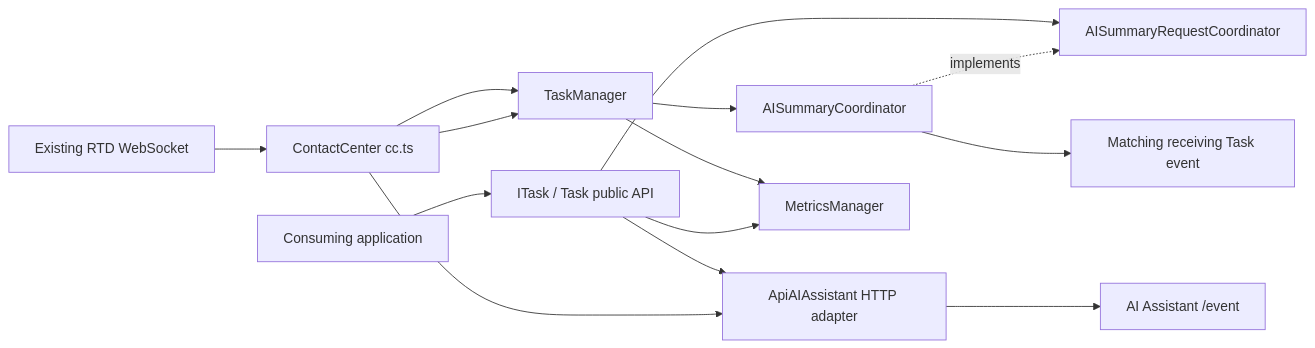
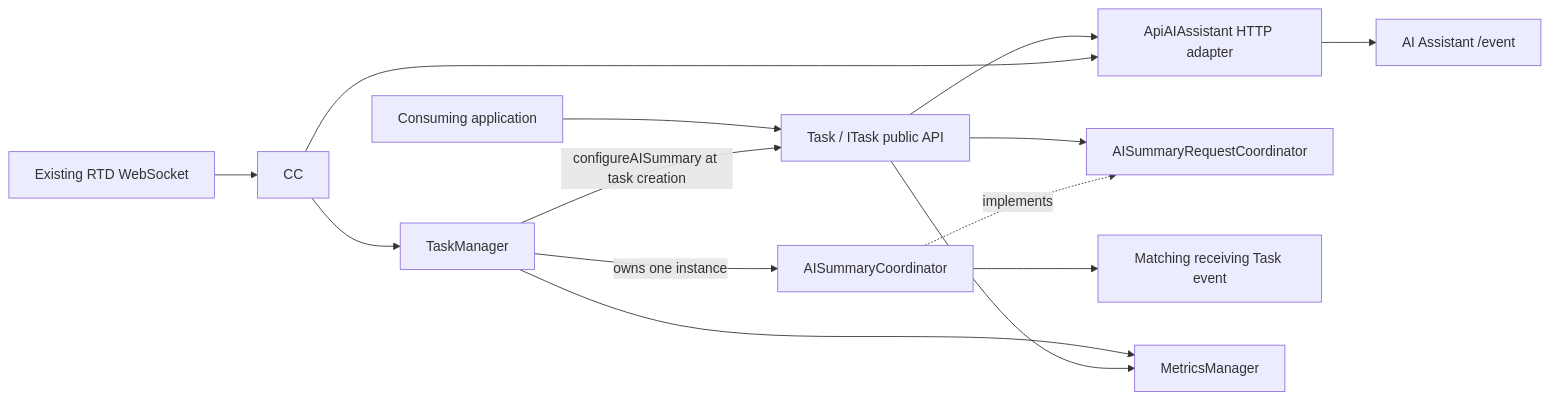
The first of 3 diagrams in design/default/design_spec.md (webex/webex-js-sdk), drawn with Mermaid before and after one commit. The commit also changed other lines of this file and 1 other file, not shown here.

````diff
--- a/design/default/design_spec.md
+++ b/design/default/design_spec.md
@@ -161,16 +161,16 @@
 ```mermaid
 flowchart LR
-  Consumer[Consuming application] --> ITask[ITask / Task public API]
-  ITask --> API[ApiAIAssistant HTTP adapter]
-  ITask --> Coordinator[AISummaryRequestCoordinator]
+  Consumer[Consuming application] --> Task[Task / ITask public API]
+  Task --> API[ApiAIAssistant HTTP adapter]
+  Task --> Coordinator[AISummaryRequestCoordinator]
   ASC[AISummaryCoordinator] -. implements .-> Coordinator
-  TM[TaskManager] --> ASC
-  CC[ContactCenter cc.ts] --> TM
+  TM[TaskManager] -->|owns one instance| ASC
+  TM -->|configureAISummary at task creation| Task
   CC --> API
   RTD[Existing RTD WebSocket] --> CC
   CC --> TM
   ASC --> Receiver[Matching receiving Task event]
   API --> Backend[AI Assistant /event]
   TM --> Metrics[MetricsManager]
-  ITask --> Metrics
+  Task --> Metrics
 ```
````
